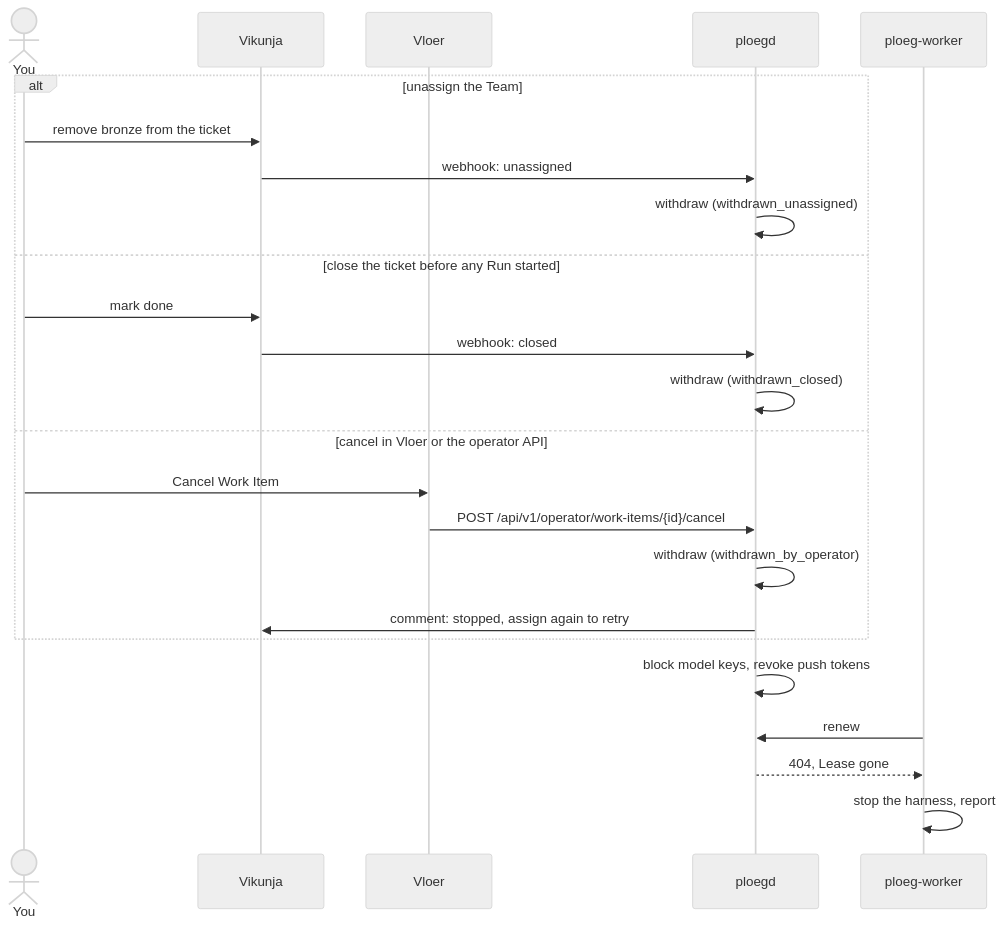
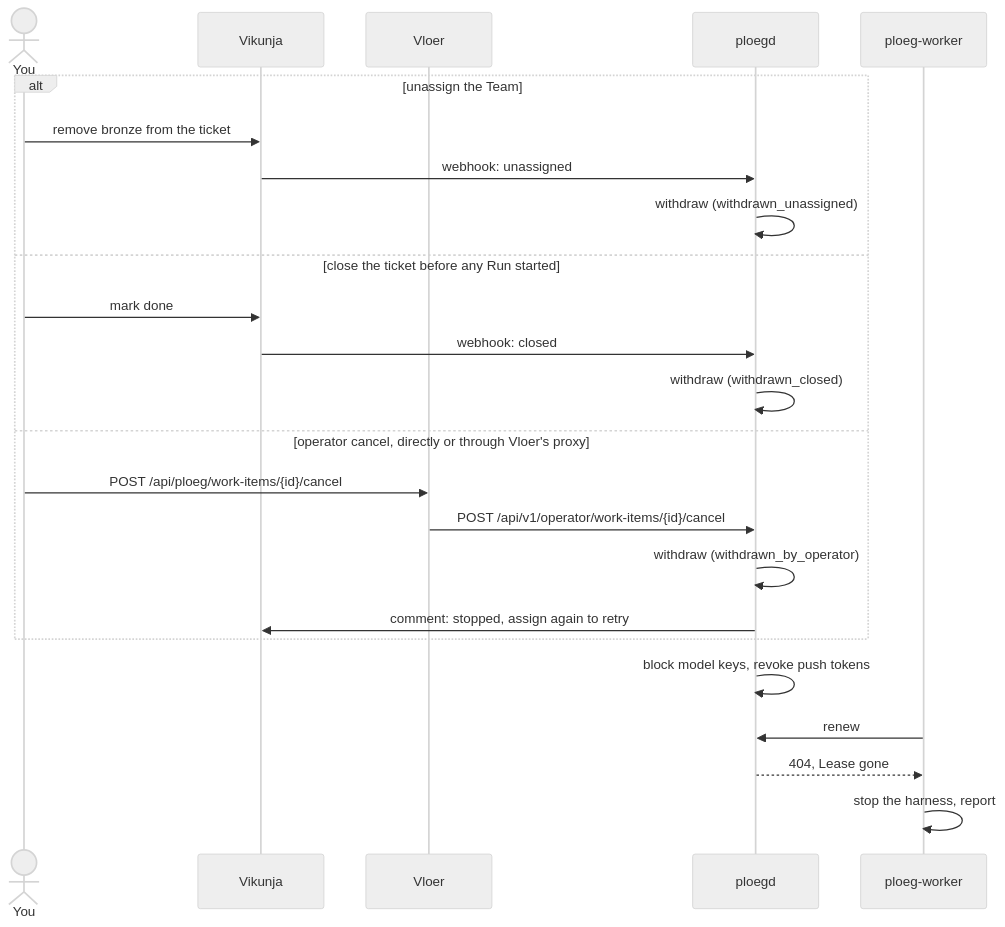
One commit to webgrip/unfold changed the fourth of 5 diagrams in docs/concepts/journeys.md. Above: the diagram before and after it, drawn with Mermaid (neutral theme). The commit also changed other lines of this file and 4 other files, not shown here.

First line of the commit message:
docs: describe Vloer's screens as built and mark Cancel Work Item not implemented

````diff
--- a/docs/concepts/journeys.md
+++ b/docs/concepts/journeys.md
@@ -135,26 +135,26 @@
 ```mermaid
 sequenceDiagram
     actor You
     participant V as Vikunja
     participant VL as Vloer
     participant P as ploegd
     participant W as ploeg-worker
     alt unassign the Team
         You->>V: remove bronze from the ticket
         V->>P: webhook: unassigned
         P->>P: withdraw (withdrawn_unassigned)
     else close the ticket before any Run started
         You->>V: mark done
         V->>P: webhook: closed
         P->>P: withdraw (withdrawn_closed)
-    else cancel in Vloer or the operator API
-        You->>VL: Cancel Work Item
+    else operator cancel, directly or through Vloer's proxy
+        You->>VL: POST /api/ploeg/work-items/{id}/cancel
         VL->>P: POST /api/v1/operator/work-items/{id}/cancel
         P->>P: withdraw (withdrawn_by_operator)
         P->>V: comment: stopped, assign again to retry
     end
     P->>P: block model keys, revoke push tokens
     W->>P: renew
     P-->>W: 404, Lease gone
     W->>W: stop the harness, report
 ```
````
